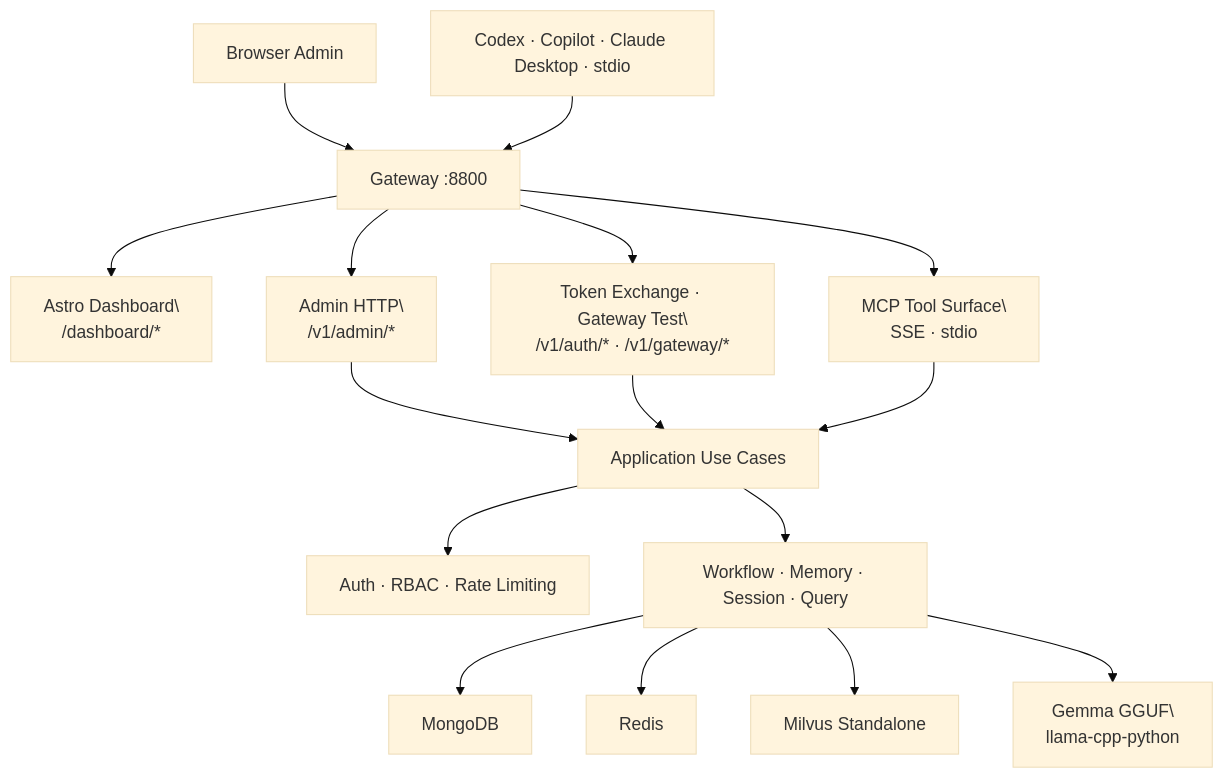
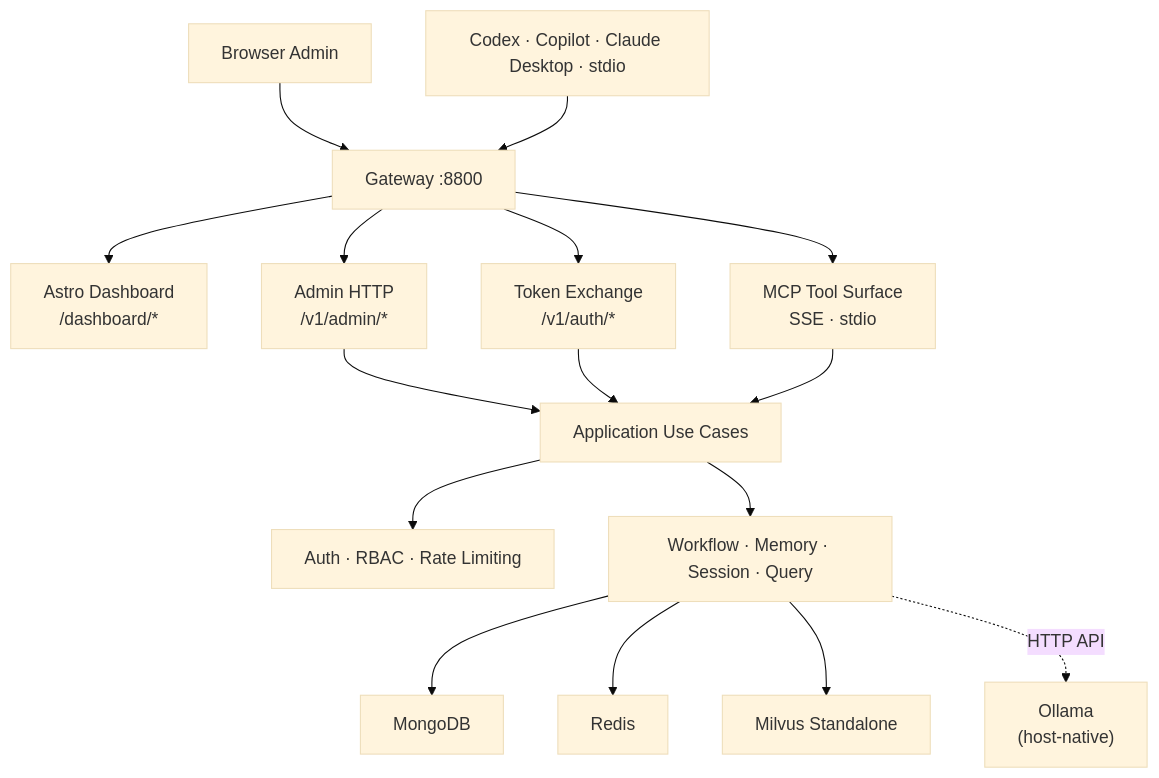
The diagram in docs/minder-server.md (hiimtrung/minder), drawn with Mermaid (base theme) before and after one commit. The commit also changed other lines of this file and 30 other files, not shown here.

Commit message:
feat: switch default LLM and embedding provider to Ollama and add release update script

````diff
--- a/docs/minder-server.md
+++ b/docs/minder-server.md
@@ -65,20 +9,20 @@
 ```mermaid
 flowchart TB
     Browser["Browser Admin"] --> Gateway["Gateway :8800"]
     MCP["Codex · Copilot · Claude Desktop · stdio"] --> Gateway
 
-    Gateway --> Dashboard["Astro Dashboard\\n/dashboard/*"]
-    Gateway --> AdminAPI["Admin HTTP\\n/v1/admin/*"]
-    Gateway --> AuthAPI["Token Exchange · Gateway Test\\n/v1/auth/* · /v1/gateway/*"]
-    Gateway --> MCPTools["MCP Tool Surface\\nSSE · stdio"]
+    Gateway --> Dashboard["Astro Dashboard\n/dashboard/*"]
+    Gateway --> AdminAPI["Admin HTTP\n/v1/admin/*"]
+    Gateway --> AuthAPI["Token Exchange\n/v1/auth/*"]
+    Gateway --> MCPTools["MCP Tool Surface\nSSE · stdio"]
 
     AdminAPI & AuthAPI & MCPTools --> UseCases["Application Use Cases"]
 
     UseCases --> Auth["Auth · RBAC · Rate Limiting"]
     UseCases --> Services["Workflow · Memory · Session · Query"]
 
     Services --> Mongo["MongoDB"]
     Services --> Redis["Redis"]
     Services --> Milvus["Milvus Standalone"]
-    Services --> LLM["Gemma GGUF\\nllama-cpp-python"]
+    Services -.->|"HTTP API"| Ollama["Ollama\n(host-native)"]
 ```
````
